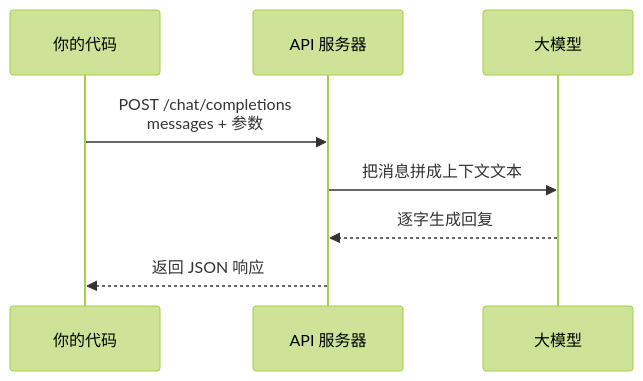
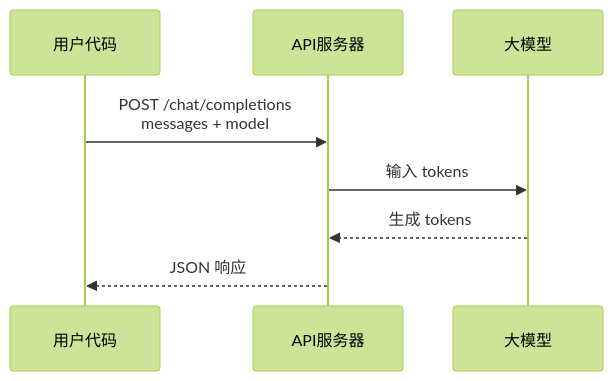
One commit to agentscope-ai/agentscope changed the second of 3 diagrams in teaching/book/volume-0-basics/ch01-what-is-llm.md. Above: the diagram before and after it, drawn with Mermaid (forest theme). The commit also changed other lines of this file, not shown here.

````diff
--- a/teaching/book/volume-0-basics/ch01-what-is-llm.md
+++ b/teaching/book/volume-0-basics/ch01-what-is-llm.md
@@ -131,11 +164,11 @@
 ```mermaid
 sequenceDiagram
-    participant U as 你的代码
-    participant A as API 服务器
-    participant M as 大模型
+    participant 用户代码
+    participant API服务器
+    participant 大模型
 
-    U->>A: POST /chat/completions<br/>messages + 参数
-    A->>M: 把消息拼成上下文文本
-    M-->>A: 逐字生成回复
-    A-->>U: 返回 JSON 响应
+    用户代码->>API服务器: POST /chat/completions<br/>messages + model
+    API服务器->>大模型: 输入 tokens
+    大模型-->>API服务器: 生成 tokens
+    API服务器-->>用户代码: JSON 响应
 ```
````
